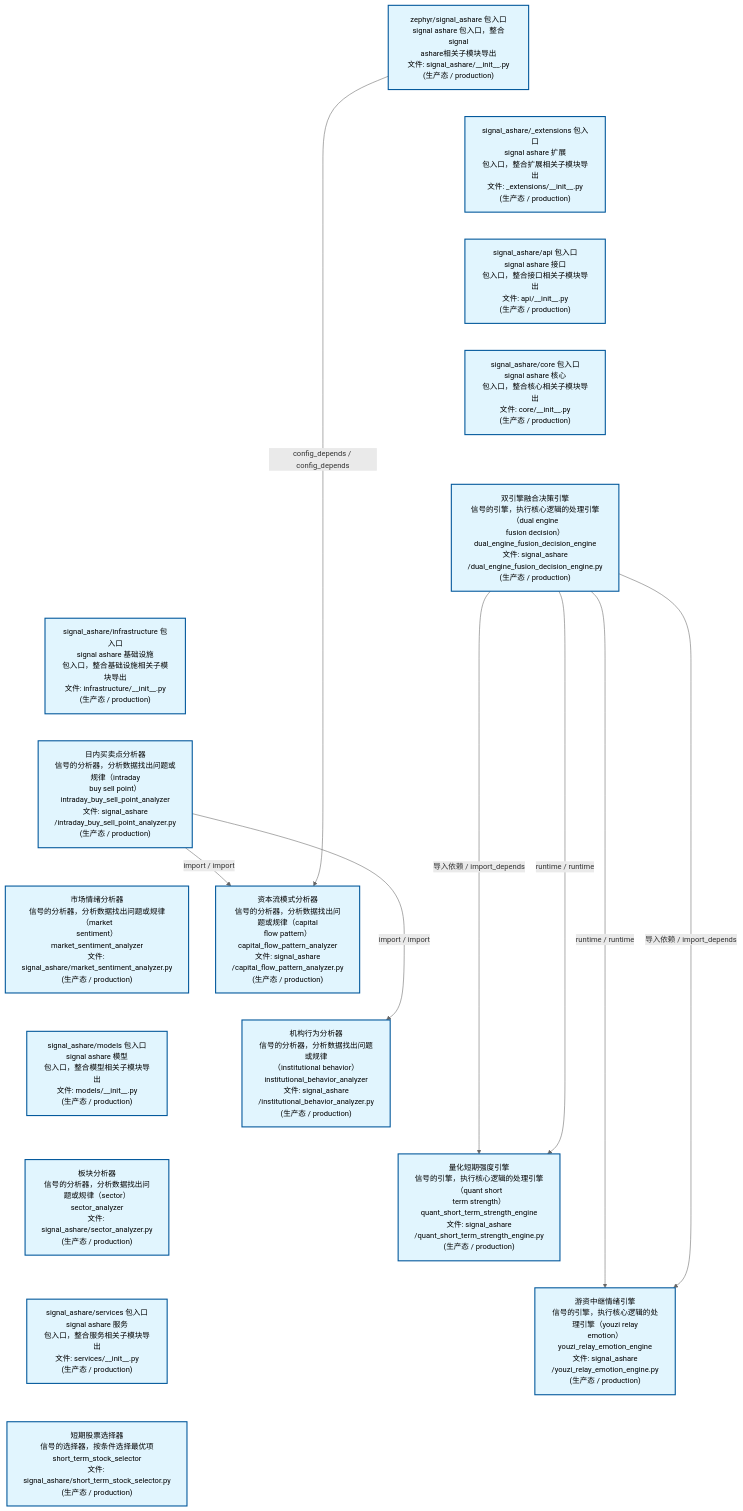
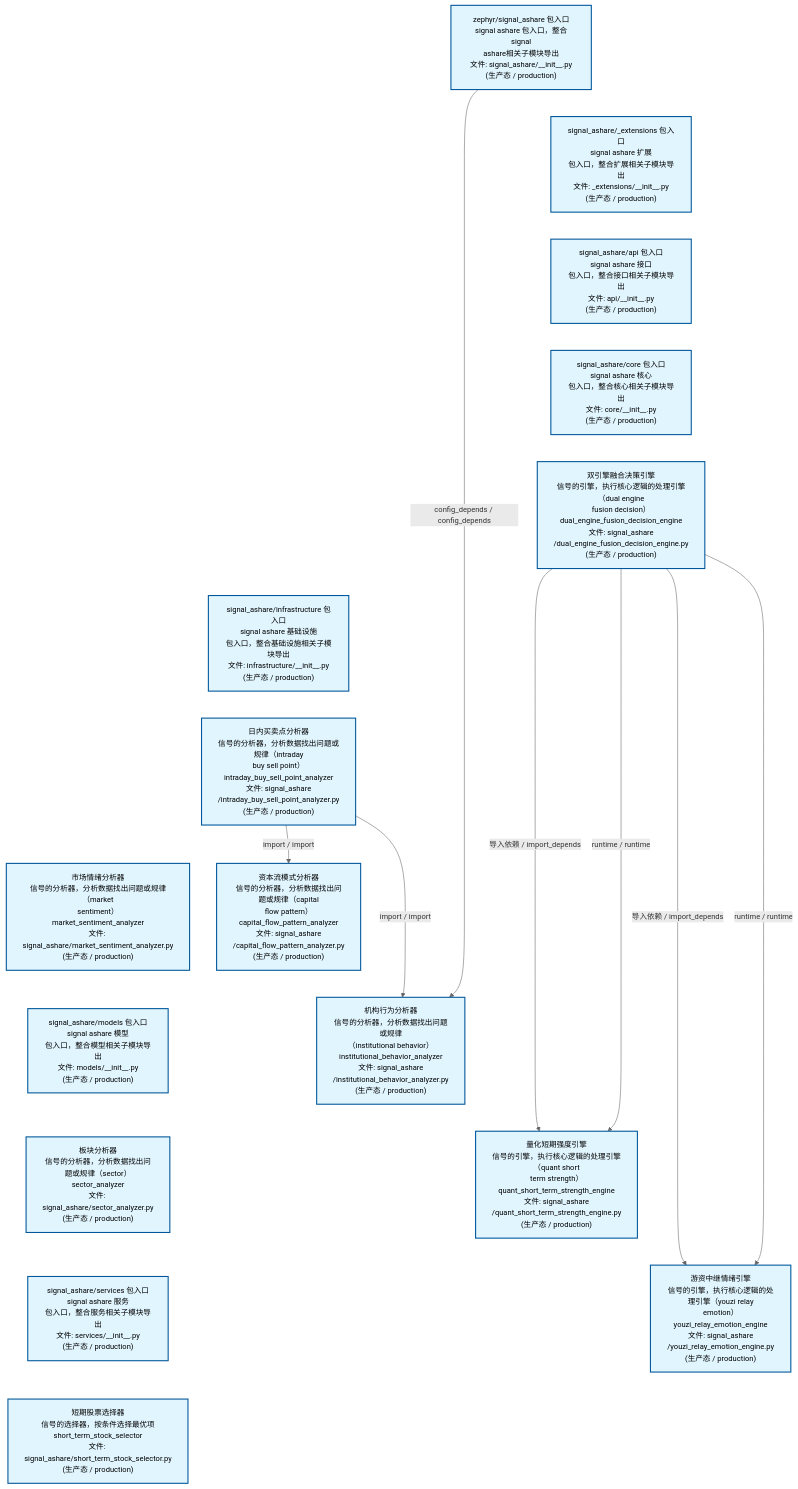
One commit to xuanFelixVan/ZephyrAlpha changed the second of 4 diagrams in docs/02_enterprise_architecture/02_domain_architecture_docs/32_d_ashare_signal.md. Above: the diagram before and after it, drawn with Mermaid. The commit also changed other lines of this file and 45 other files, not shown here.

````diff
--- a/docs/02_enterprise_architecture/02_domain_architecture_docs/32_d_ashare_signal.md
+++ b/docs/02_enterprise_architecture/02_domain_architecture_docs/32_d_ashare_signal.md
@@ -112,46 +112,46 @@
 ```mermaid
 %%{init: {'theme': 'base', 'themeVariables': {'primaryColor': '#eaeaea', 'primaryTextColor': '#333333', 'primaryBorderColor': '#666666', 'lineColor': '#666666', 'secondaryColor': '#eaeaea', 'tertiaryColor': '#eaeaea', 'fontSize': '14px'}}}%%
 flowchart TD
     src_zephyr_signal_ashare_init_py["zephyr/signal_ashare 包入口<br/>signal ashare 包入口，整合signal<br/>ashare相关子模块导出<br/>文件: signal_ashare/__init__.py<br/>(生产态 / production)"]
     src_zephyr_signal_ashare_extensions_init_py["signal_ashare/_extensions 包入口<br/>signal ashare 扩展<br/>包入口，整合扩展相关子模块导出<br/>文件: _extensions/__init__.py<br/>(生产态 / production)"]
     src_zephyr_signal_ashare_api_init_py["signal_ashare/api 包入口<br/>signal ashare 接口<br/>包入口，整合接口相关子模块导出<br/>文件: api/__init__.py<br/>(生产态 / production)"]
     src_zephyr_signal_ashare_core_init_py["signal_ashare/core 包入口<br/>signal ashare 核心<br/>包入口，整合核心相关子模块导出<br/>文件: core/__init__.py<br/>(生产态 / production)"]
     src_zephyr_signal_ashare_dual_engine_fusion_decision_engine_py["双引擎融合决策引擎<br/>信号的引擎，执行核心逻辑的处理引擎（dual engine<br/>fusion decision）<br/>dual_engine_fusion_decision_engine<br/>文件: signal_ashare<br/>/dual_engine_fusion_decision_engine.py<br/>(生产态 / production)"]
     src_zephyr_signal_ashare_infrastructure_init_py["signal_ashare/infrastructure 包入口<br/>signal ashare 基础设施<br/>包入口，整合基础设施相关子模块导出<br/>文件: infrastructure/__init__.py<br/>(生产态 / production)"]
     src_zephyr_signal_ashare_intraday_buy_sell_point_analyzer_py["日内买卖点分析器<br/>信号的分析器，分析数据找出问题或规律（intraday<br/>buy sell point）<br/>intraday_buy_sell_point_analyzer<br/>文件: signal_ashare<br/>/intraday_buy_sell_point_analyzer.py<br/>(生产态 / production)"]
     src_zephyr_signal_ashare_market_sentiment_analyzer_py["市场情绪分析器<br/>信号的分析器，分析数据找出问题或规律（market<br/>sentiment）<br/>market_sentiment_analyzer<br/>文件: signal_ashare/market_sentiment_analyzer.py<br/>(生产态 / production)"]
     src_zephyr_signal_ashare_models_init_py["signal_ashare/models 包入口<br/>signal ashare 模型<br/>包入口，整合模型相关子模块导出<br/>文件: models/__init__.py<br/>(生产态 / production)"]
     src_zephyr_signal_ashare_sector_analyzer_py["板块分析器<br/>信号的分析器，分析数据找出问题或规律（sector）<br/>sector_analyzer<br/>文件: signal_ashare/sector_analyzer.py<br/>(生产态 / production)"]
     src_zephyr_signal_ashare_services_init_py["signal_ashare/services 包入口<br/>signal ashare 服务<br/>包入口，整合服务相关子模块导出<br/>文件: services/__init__.py<br/>(生产态 / production)"]
     src_zephyr_signal_ashare_short_term_stock_selector_py["短期股票选择器<br/>信号的选择器，按条件选择最优项<br/>short_term_stock_selector<br/>文件: signal_ashare/short_term_stock_selector.py<br/>(生产态 / production)"]
     src_zephyr_signal_ashare_init_py ~~~ src_zephyr_signal_ashare_extensions_init_py
     src_zephyr_signal_ashare_extensions_init_py ~~~ src_zephyr_signal_ashare_api_init_py
     src_zephyr_signal_ashare_api_init_py ~~~ src_zephyr_signal_ashare_core_init_py
     src_zephyr_signal_ashare_core_init_py ~~~ src_zephyr_signal_ashare_dual_engine_fusion_decision_engine_py
     src_zephyr_signal_ashare_dual_engine_fusion_decision_engine_py ~~~ src_zephyr_signal_ashare_infrastructure_init_py
     src_zephyr_signal_ashare_infrastructure_init_py ~~~ src_zephyr_signal_ashare_intraday_buy_sell_point_analyzer_py
     src_zephyr_signal_ashare_intraday_buy_sell_point_analyzer_py ~~~ src_zephyr_signal_ashare_market_sentiment_analyzer_py
     src_zephyr_signal_ashare_market_sentiment_analyzer_py ~~~ src_zephyr_signal_ashare_models_init_py
     src_zephyr_signal_ashare_models_init_py ~~~ src_zephyr_signal_ashare_sector_analyzer_py
     src_zephyr_signal_ashare_sector_analyzer_py ~~~ src_zephyr_signal_ashare_services_init_py
     src_zephyr_signal_ashare_services_init_py ~~~ src_zephyr_signal_ashare_short_term_stock_selector_py
     src_zephyr_signal_ashare_capital_flow_pattern_analyzer_py["资本流模式分析器<br/>信号的分析器，分析数据找出问题或规律（capital<br/>flow pattern）<br/>capital_flow_pattern_analyzer<br/>文件: signal_ashare<br/>/capital_flow_pattern_analyzer.py<br/>(生产态 / production)"]
     src_zephyr_signal_ashare_institutional_behavior_analyzer_py["机构行为分析器<br/>信号的分析器，分析数据找出问题或规律<br/>（institutional behavior）<br/>institutional_behavior_analyzer<br/>文件: signal_ashare<br/>/institutional_behavior_analyzer.py<br/>(生产态 / production)"]
     src_zephyr_signal_ashare_quant_short_term_strength_engine_py["量化短期强度引擎<br/>信号的引擎，执行核心逻辑的处理引擎（quant short<br/>term strength）<br/>quant_short_term_strength_engine<br/>文件: signal_ashare<br/>/quant_short_term_strength_engine.py<br/>(生产态 / production)"]
     src_zephyr_signal_ashare_youzi_relay_emotion_engine_py["游资中继情绪引擎<br/>信号的引擎，执行核心逻辑的处理引擎（youzi relay<br/>emotion）<br/>youzi_relay_emotion_engine<br/>文件: signal_ashare<br/>/youzi_relay_emotion_engine.py<br/>(生产态 / production)"]
     src_zephyr_signal_ashare_capital_flow_pattern_analyzer_py ~~~ src_zephyr_signal_ashare_institutional_behavior_analyzer_py
     src_zephyr_signal_ashare_institutional_behavior_analyzer_py ~~~ src_zephyr_signal_ashare_quant_short_term_strength_engine_py
     src_zephyr_signal_ashare_quant_short_term_strength_engine_py ~~~ src_zephyr_signal_ashare_youzi_relay_emotion_engine_py
-    src_zephyr_signal_ashare_intraday_buy_sell_point_analyzer_py -->|import / import| src_zephyr_signal_ashare_capital_flow_pattern_analyzer_py
-    src_zephyr_signal_ashare_intraday_buy_sell_point_analyzer_py -->|import / import| src_zephyr_signal_ashare_institutional_behavior_analyzer_py
-    src_zephyr_signal_ashare_init_py -->|config_depends / config_depends| src_zephyr_signal_ashare_capital_flow_pattern_analyzer_py
+    src_zephyr_signal_ashare_dual_engine_fusion_decision_engine_py -->|导入依赖 / import_depends| src_zephyr_signal_ashare_youzi_relay_emotion_engine_py
     src_zephyr_signal_ashare_dual_engine_fusion_decision_engine_py -->|runtime / runtime| src_zephyr_signal_ashare_youzi_relay_emotion_engine_py
-    src_zephyr_signal_ashare_dual_engine_fusion_decision_engine_py -->|导入依赖 / import_depends| src_zephyr_signal_ashare_youzi_relay_emotion_engine_py
     src_zephyr_signal_ashare_dual_engine_fusion_decision_engine_py -->|导入依赖 / import_depends| src_zephyr_signal_ashare_quant_short_term_strength_engine_py
     src_zephyr_signal_ashare_dual_engine_fusion_decision_engine_py -->|runtime / runtime| src_zephyr_signal_ashare_quant_short_term_strength_engine_py
+    src_zephyr_signal_ashare_intraday_buy_sell_point_analyzer_py -->|import / import| src_zephyr_signal_ashare_institutional_behavior_analyzer_py
+    src_zephyr_signal_ashare_intraday_buy_sell_point_analyzer_py -->|import / import| src_zephyr_signal_ashare_capital_flow_pattern_analyzer_py
+    src_zephyr_signal_ashare_init_py -->|config_depends / config_depends| src_zephyr_signal_ashare_institutional_behavior_analyzer_py
     classDef production fill:#e1f5fe,stroke:#01579b,stroke-width:2px,color:#000
     classDef design fill:#fff3e0,stroke:#e65100,stroke-width:2px,color:#000,stroke-dasharray: 5 5
     classDef external_prod fill:#e8f4fd,stroke:#0277bd,stroke-width:1px,color:#000
     classDef external_design fill:#fff8e7,stroke:#ef6c00,stroke-width:1px,color:#000,stroke-dasharray: 5 5
     class src_zephyr_signal_ashare_init_py,src_zephyr_signal_ashare_extensions_init_py,src_zephyr_signal_ashare_api_init_py,src_zephyr_signal_ashare_capital_flow_pattern_analyzer_py,src_zephyr_signal_ashare_core_init_py,src_zephyr_signal_ashare_dual_engine_fusion_decision_engine_py,src_zephyr_signal_ashare_infrastructure_init_py,src_zephyr_signal_ashare_institutional_behavior_analyzer_py,src_zephyr_signal_ashare_intraday_buy_sell_point_analyzer_py,src_zephyr_signal_ashare_market_sentiment_analyzer_py,src_zephyr_signal_ashare_models_init_py,src_zephyr_signal_ashare_quant_short_term_strength_engine_py,src_zephyr_signal_ashare_sector_analyzer_py,src_zephyr_signal_ashare_services_init_py,src_zephyr_signal_ashare_short_term_stock_selector_py,src_zephyr_signal_ashare_youzi_relay_emotion_engine_py production
 ```
````
